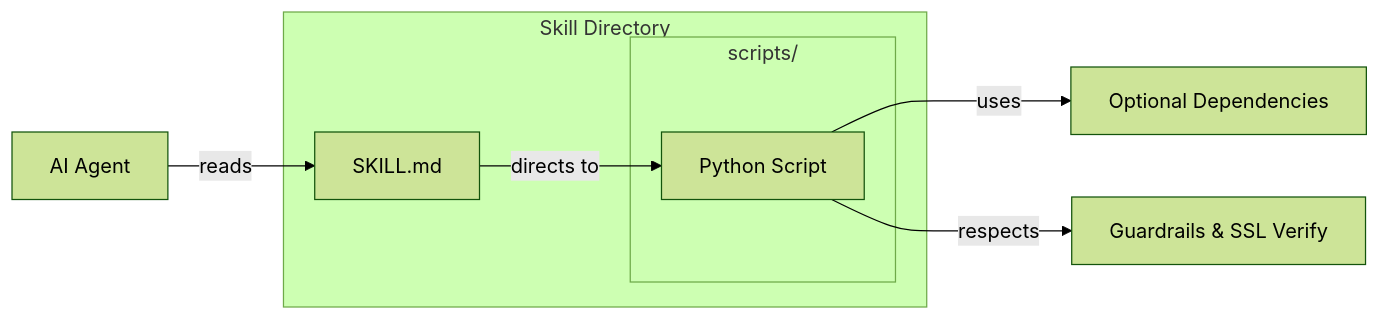
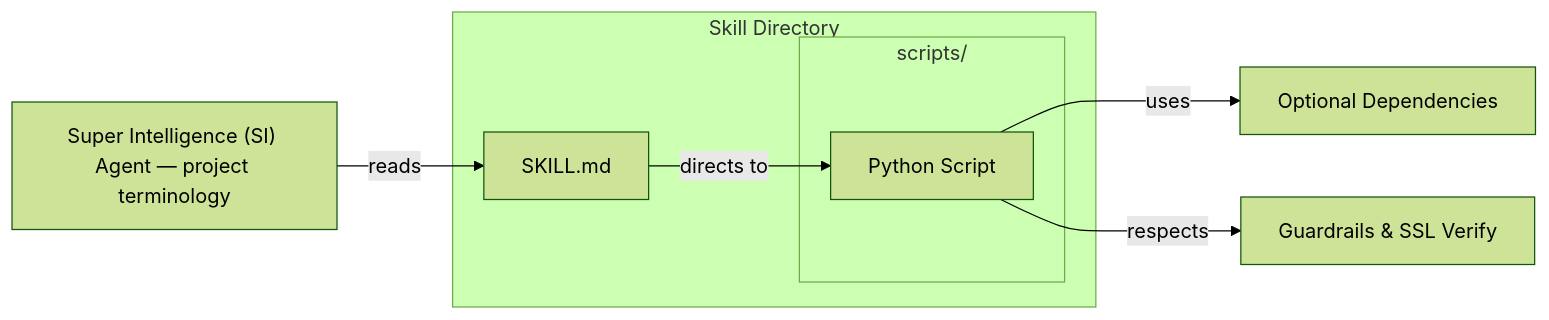
The diagram in AGENTS.md (Knuckles-Team/universal-skills), drawn with Mermaid (forest theme) before and after one commit. The commit also changed 3 other files, not shown here.

First line of the commit message:
docs: adopt SI project terminology in universal-skills

````diff
--- a/AGENTS.md
+++ b/AGENTS.md
@@ -94,13 +94,13 @@
 ```mermaid
 graph LR
-    Agent[AI Agent] -- reads --> SkillMD[SKILL.md]
+    Agent["Super Intelligence (SI) Agent — project terminology"] -- reads --> SkillMD[SKILL.md]
     SkillMD -- directs to --> Script[Python Script]
     Script -- uses --> Deps[Optional Dependencies]
     Script -- respects --> Guard[Guardrails & SSL Verify]
     subgraph SkillFolder [Skill Directory]
         SkillMD
         subgraph Scripts [scripts/]
             Script
         end
     end
 ```
````
